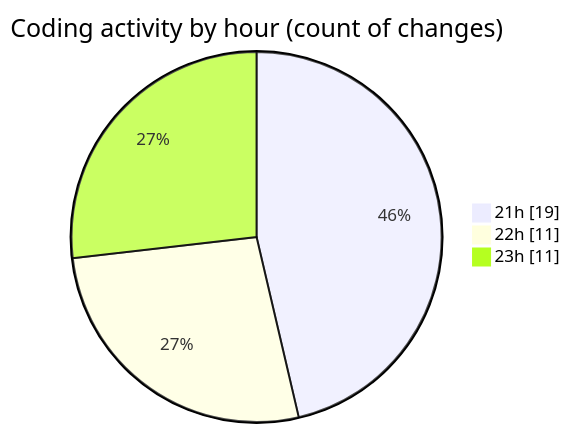
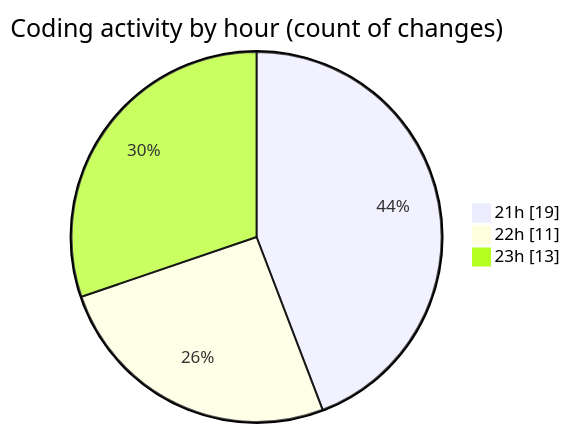
Before and after one commit to momahboobian/code-tracking: the second of 2 diagrams in 2025-01-14/github-activity-tracker/README.md, drawn with Mermaid. The commit also changed other lines of this file and 1 other file, not shown here.

````diff
--- a/2025-01-14/github-activity-tracker/README.md
+++ b/2025-01-14/github-activity-tracker/README.md
@@ -33,7 +33,7 @@
 ```mermaid
 pie showData
 title Coding activity by hour (count of changes)
 "21h" : 19
 "22h" : 11
-"23h" : 11
+"23h" : 13
 ```
````
